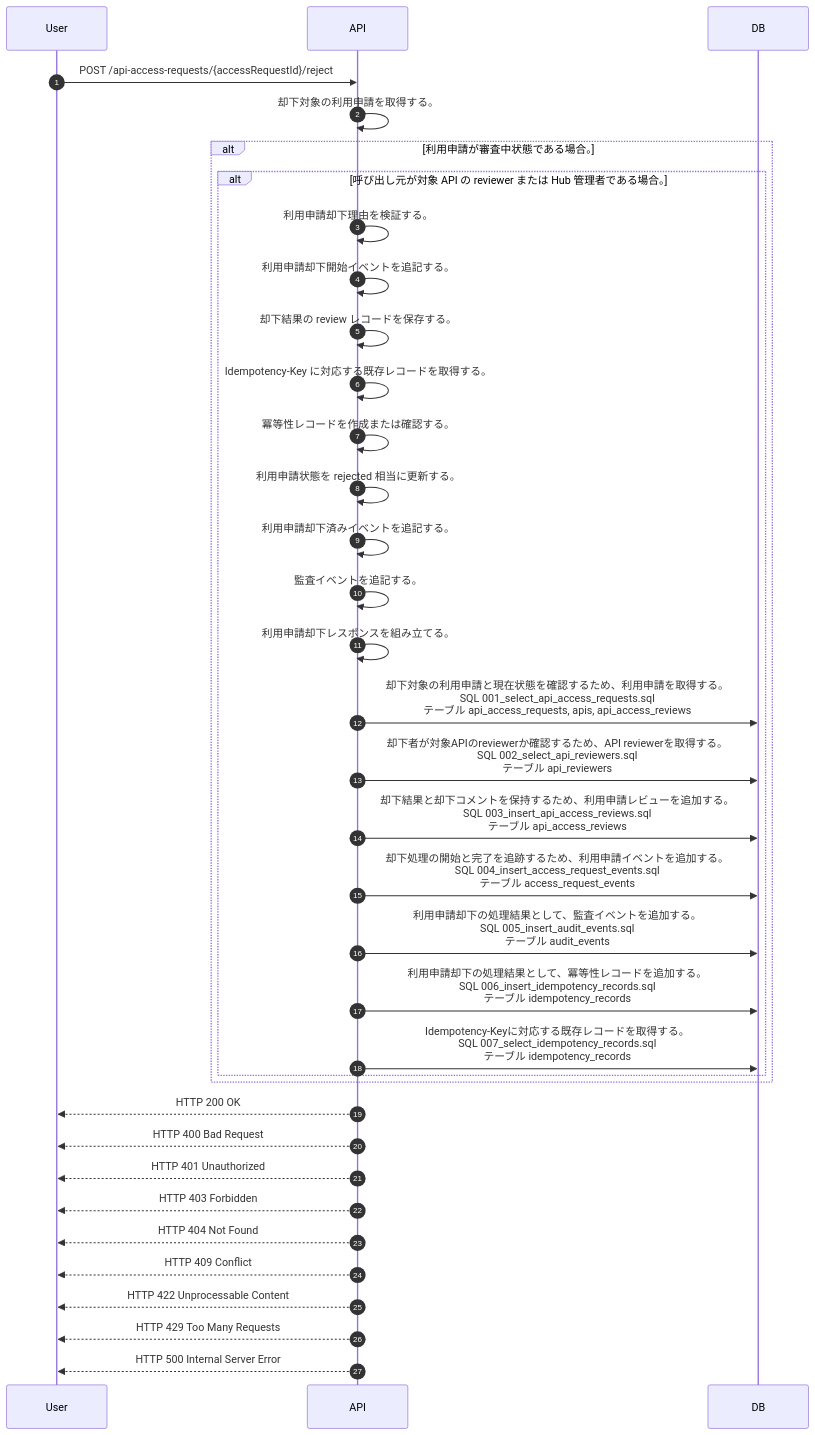
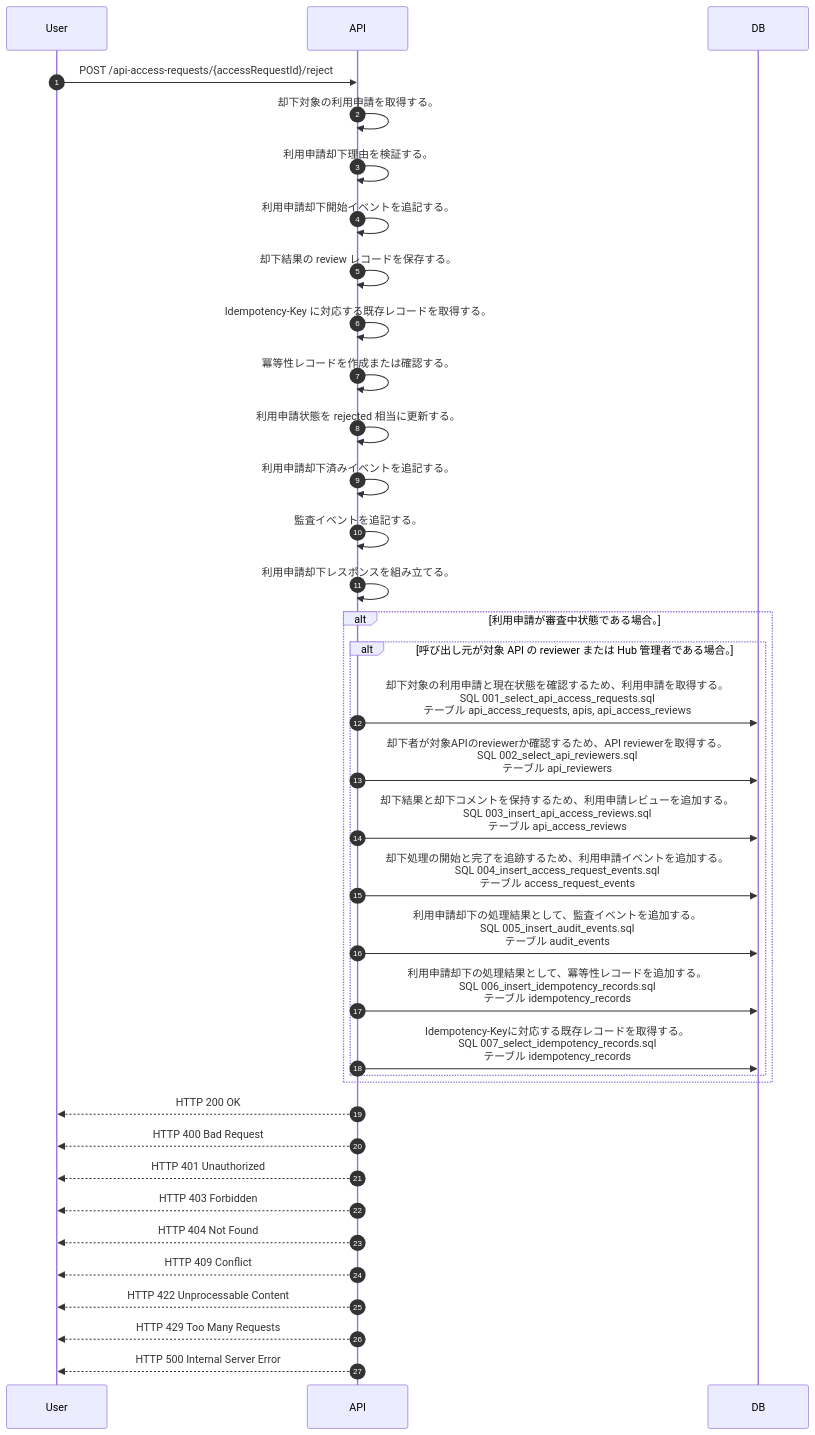
Before and after one commit to tsuji-tomonori/lazunex: the diagram in docs/spec/40.apis/api_access_requests/reject_api_access_request/sequence_gen.md, drawn with Mermaid. The commit also changed 13 other files, not shown here.

````diff
--- a/docs/spec/40.apis/api_access_requests/reject_api_access_request/sequence_gen.md
+++ b/docs/spec/40.apis/api_access_requests/reject_api_access_request/sequence_gen.md
@@ -5,38 +5,38 @@
 ```mermaid
 sequenceDiagram
   autonumber
   participant User as User
   participant API as API
   participant DB as DB
   User->>API: POST /api-access-requests/{accessRequestId}/reject
   API->>API: 却下対象の利用申請を取得する。
+  API->>API: 利用申請却下理由を検証する。
+  API->>API: 利用申請却下開始イベントを追記する。
+  API->>API: 却下結果の review レコードを保存する。
+  API->>API: Idempotency-Key に対応する既存レコードを取得する。
+  API->>API: 冪等性レコードを作成または確認する。
+  API->>API: 利用申請状態を rejected 相当に更新する。
+  API->>API: 利用申請却下済みイベントを追記する。
+  API->>API: 監査イベントを追記する。
+  API->>API: 利用申請却下レスポンスを組み立てる。
   alt 利用申請が審査中状態である場合。
     alt 呼び出し元が対象 API の reviewer または Hub 管理者である場合。
-      API->>API: 利用申請却下理由を検証する。
-      API->>API: 利用申請却下開始イベントを追記する。
-      API->>API: 却下結果の review レコードを保存する。
-      API->>API: Idempotency-Key に対応する既存レコードを取得する。
-      API->>API: 冪等性レコードを作成または確認する。
-      API->>API: 利用申請状態を rejected 相当に更新する。
-      API->>API: 利用申請却下済みイベントを追記する。
-      API->>API: 監査イベントを追記する。
-      API->>API: 利用申請却下レスポンスを組み立てる。
       API->>DB: 却下対象の利用申請と現在状態を確認するため、利用申請を取得する。<br/>SQL 001_select_api_access_requests.sql<br/>テーブル api_access_requests, apis, api_access_reviews
       API->>DB: 却下者が対象APIのreviewerか確認するため、API reviewerを取得する。<br/>SQL 002_select_api_reviewers.sql<br/>テーブル api_reviewers
       API->>DB: 却下結果と却下コメントを保持するため、利用申請レビューを追加する。<br/>SQL 003_insert_api_access_reviews.sql<br/>テーブル api_access_reviews
       API->>DB: 却下処理の開始と完了を追跡するため、利用申請イベントを追加する。<br/>SQL 004_insert_access_request_events.sql<br/>テーブル access_request_events
       API->>DB: 利用申請却下の処理結果として、監査イベントを追加する。<br/>SQL 005_insert_audit_events.sql<br/>テーブル audit_events
       API->>DB: 利用申請却下の処理結果として、冪等性レコードを追加する。<br/>SQL 006_insert_idempotency_records.sql<br/>テーブル idempotency_records
       API->>DB: Idempotency-Keyに対応する既存レコードを取得する。<br/>SQL 007_select_idempotency_records.sql<br/>テーブル idempotency_records
     end
   end
   API-->>User: HTTP 200 OK
   API-->>User: HTTP 400 Bad Request
   API-->>User: HTTP 401 Unauthorized
   API-->>User: HTTP 403 Forbidden
   API-->>User: HTTP 404 Not Found
   API-->>User: HTTP 409 Conflict
   API-->>User: HTTP 422 Unprocessable Content
   API-->>User: HTTP 429 Too Many Requests
   API-->>User: HTTP 500 Internal Server Error
 ```
````
